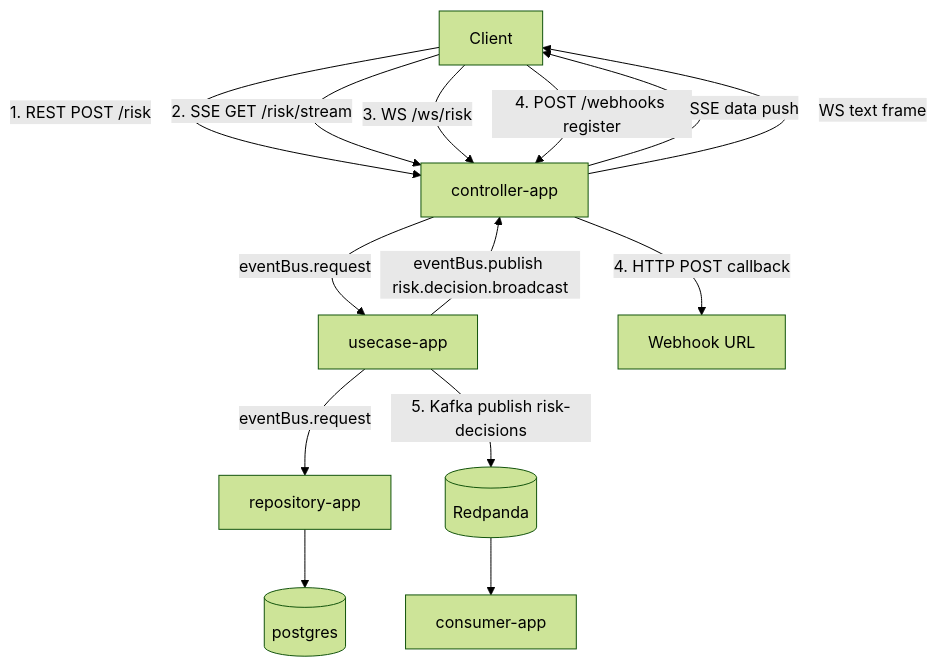
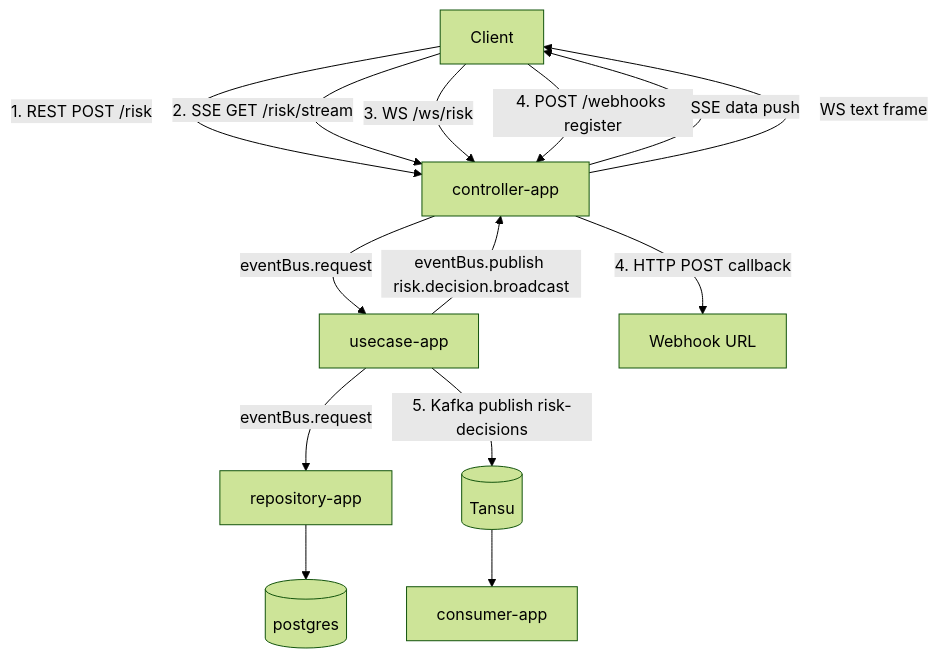
One commit to MatiasNAmendola/real-time-risk-lab changed the second of 2 diagrams in poc/vertx-layer-as-pod-eventbus/README.md. Above: the diagram before and after it, drawn with Mermaid (forest theme). The commit also changed other lines of this file and 25 other files, not shown here.

````diff
--- a/poc/vertx-layer-as-pod-eventbus/README.md
+++ b/poc/vertx-layer-as-pod-eventbus/README.md
@@ -248,19 +248,19 @@
 ```mermaid
 graph TD
     Client -->|"1. REST POST /risk"| CT[controller-app]
     Client -->|"2. SSE GET /risk/stream"| CT
     Client -->|"3. WS /ws/risk"| CT
     Client -->|"4. POST /webhooks register"| CT
 
     CT -->|eventBus.request| UC[usecase-app]
     UC -->|eventBus.request| RP[repository-app]
     RP --> PG[(postgres)]
 
-    UC -->|"5. Kafka publish risk-decisions"| RD[(Redpanda)]
+    UC -->|"5. Kafka publish risk-decisions"| RD[(Tansu)]
     RD --> CA[consumer-app]
 
     UC -->|"eventBus.publish risk.decision.broadcast"| CT
     CT -->|SSE data push| Client
     CT -->|WS text frame| Client
     CT -->|"4. HTTP POST callback"| Webhook[Webhook URL]
 ```
````
